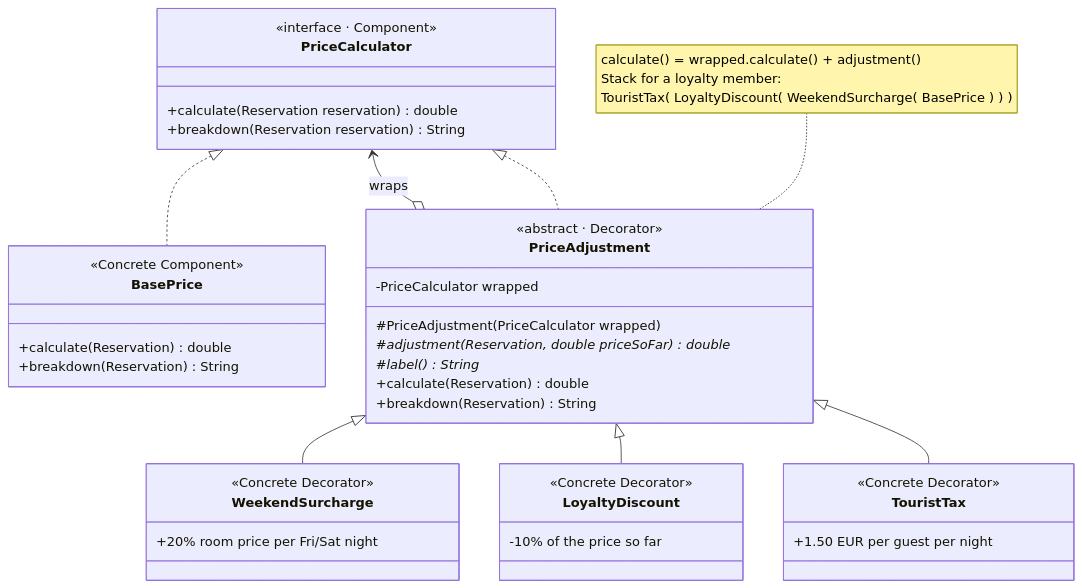
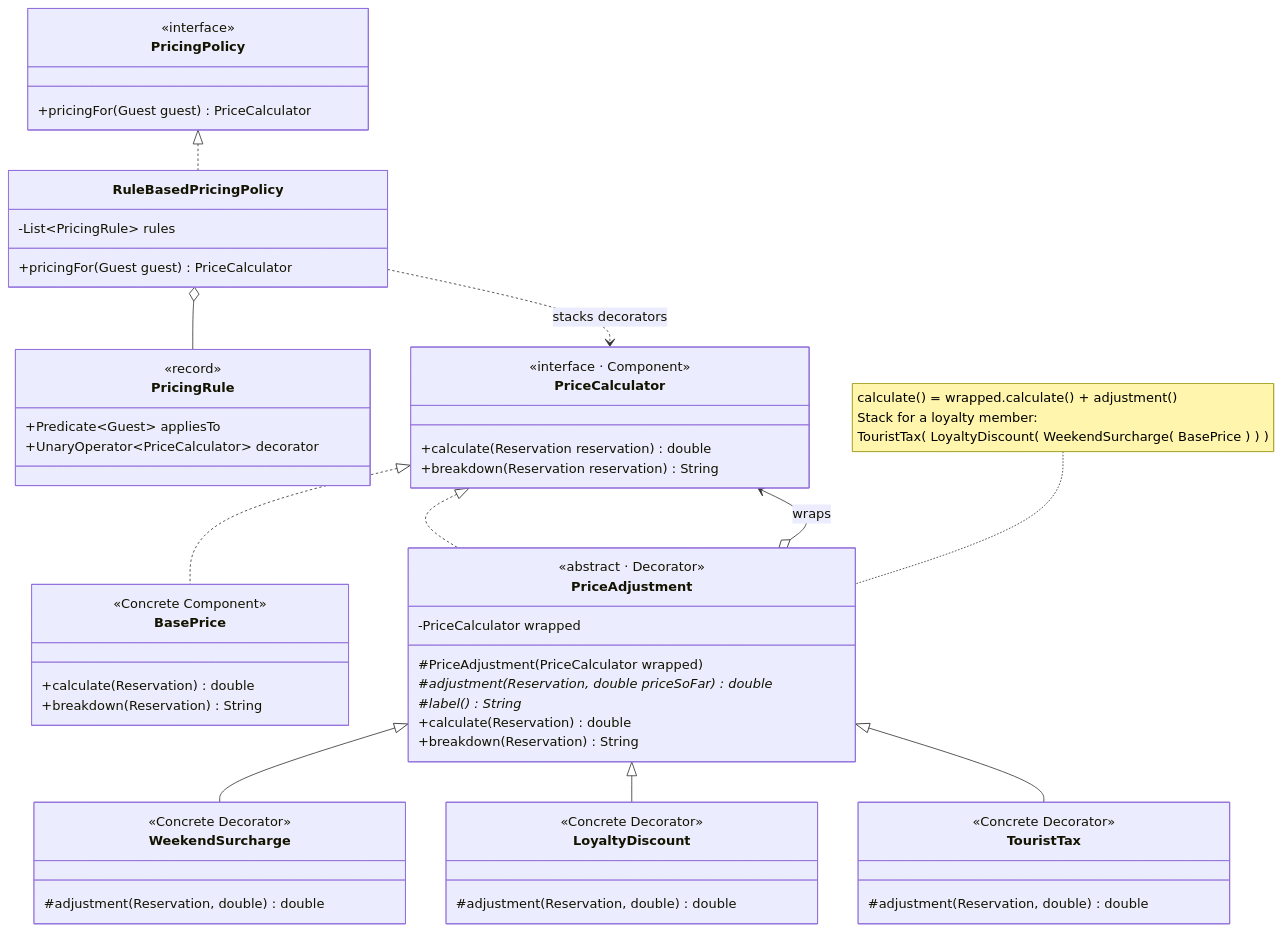
The diagram in lab2/diagrams/4-decorator.mmd (chiriladam/tmps-labs), drawn with Mermaid before and after one commit. The commit also changed 9 other files, not shown here.

Commit message:
Lab 2: update diagrams for the new design and re-render the PNGs

```diff
--- a/lab2/diagrams/4-decorator.mmd
+++ b/lab2/diagrams/4-decorator.mmd
@@ -1,42 +1,58 @@
 classDiagram
     direction TB
     class PriceCalculator {
         <<interface · Component>>
         +calculate(Reservation reservation) double
         +breakdown(Reservation reservation) String
     }
     class BasePrice {
         <<Concrete Component>>
         +calculate(Reservation) double
         +breakdown(Reservation) String
     }
     class PriceAdjustment {
         <<abstract · Decorator>>
         -PriceCalculator wrapped
         #PriceAdjustment(PriceCalculator wrapped)
         #adjustment(Reservation, double priceSoFar)* double
         #label()* String
         +calculate(Reservation) double
         +breakdown(Reservation) String
     }
     class WeekendSurcharge {
         <<Concrete Decorator>>
-        +20% room price per Fri/Sat night
+        #adjustment(Reservation, double) double
     }
     class LoyaltyDiscount {
         <<Concrete Decorator>>
-        -10% of the price so far
+        #adjustment(Reservation, double) double
     }
     class TouristTax {
         <<Concrete Decorator>>
-        +1.50 EUR per guest per night
+        #adjustment(Reservation, double) double
+    }
+    class PricingPolicy {
+        <<interface>>
+        +pricingFor(Guest guest) PriceCalculator
+    }
+    class RuleBasedPricingPolicy {
+        -List~PricingRule~ rules
+        +pricingFor(Guest guest) PriceCalculator
+    }
+    class PricingRule {
+        <<record>>
+        +Predicate~Guest~ appliesTo
+        +UnaryOperator~PriceCalculator~ decorator
     }
     PriceCalculator <|.. BasePrice
     PriceCalculator <|.. PriceAdjustment
     PriceAdjustment o--> PriceCalculator : wraps
     PriceAdjustment <|-- WeekendSurcharge
     PriceAdjustment <|-- LoyaltyDiscount
     PriceAdjustment <|-- TouristTax
+    PricingPolicy <|.. RuleBasedPricingPolicy
+    RuleBasedPricingPolicy o-- PricingRule
+    RuleBasedPricingPolicy ..> PriceCalculator : stacks decorators
     note for PriceAdjustment "calculate() = wrapped.calculate() + adjustment()
 Stack for a loyalty member:
 TouristTax( LoyaltyDiscount( WeekendSurcharge( BasePrice ) ) )"
```
